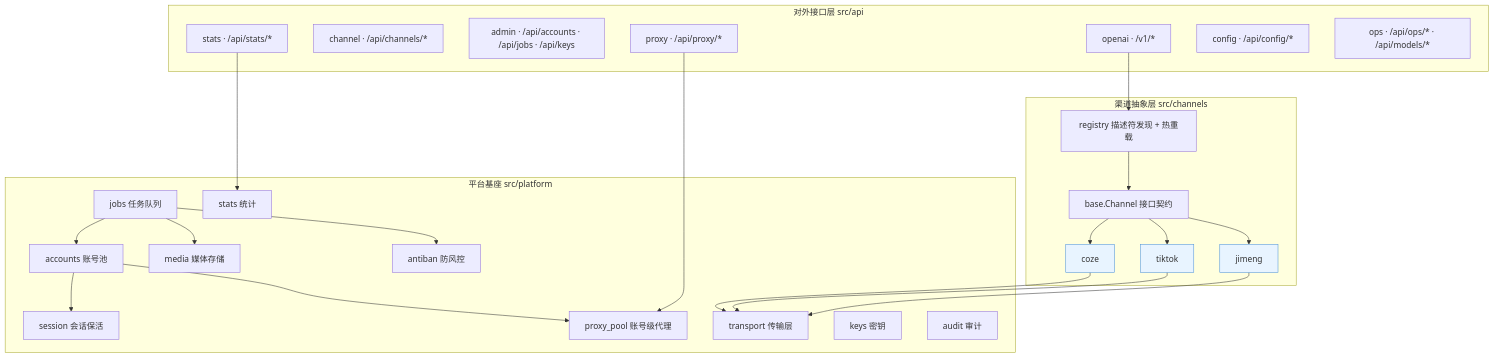
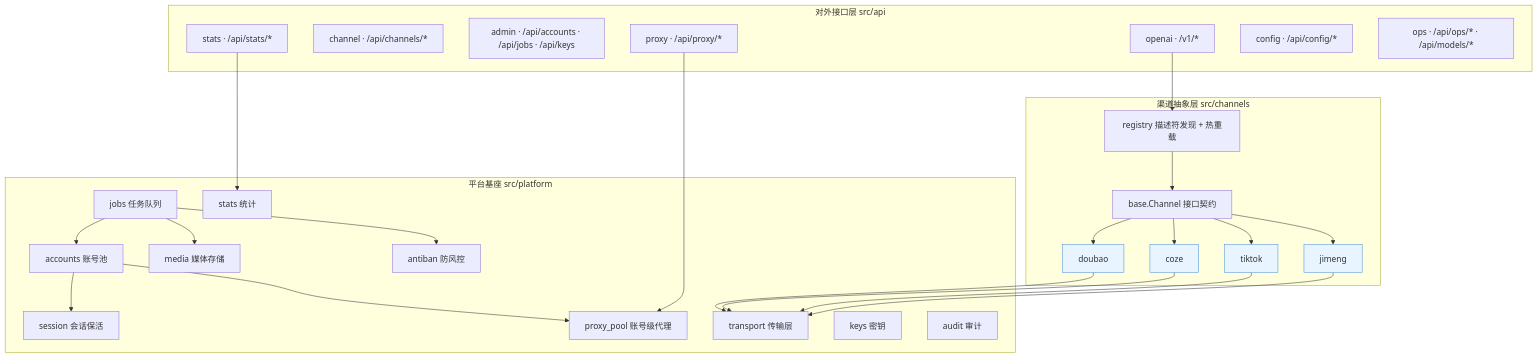
The diagram in README.md (xingluoyuankong/any-video2api), drawn with Mermaid before and after one commit. The commit also changed other lines of this file and 1 other file, not shown here.

Commit message:
docs: 更新 README（豆包渠道/登录加固/账号渠道标签页）+ 新增 docs/DOUBAO.md

````diff
--- a/README.md
+++ b/README.md
@@ -188,39 +188,40 @@
 ```mermaid
 flowchart TB
     subgraph API[对外接口层 src/api]
         O[openai · /v1/*]
         C[channel · /api/channels/*]
         A[admin · /api/accounts · /api/jobs · /api/keys]
         P[proxy · /api/proxy/*]
         S[stats · /api/stats/*]
         F[config · /api/config/*]
         X[ops · /api/ops/* · /api/models/*]
     end
     subgraph CH[渠道抽象层 src/channels]
         B[base.Channel 接口契约]
         R[registry 描述符发现 + 热重载]
         J[jimeng]:::i
         T[tiktok]:::i
         Z[coze]:::i
+        D[doubao]:::i
     end
     subgraph PL[平台基座 src/platform]
         ACC[accounts 账号池]
         JOB[jobs 任务队列]
         MED[media 媒体存储]
         ANT[antiban 防风控]
         SES[session 会话保活]
         PRX[proxy_pool 账号级代理]
         TR[transport 传输层]
         KEY[keys 密钥]
         AUD[audit 审计]
         STA[stats 统计]
     end
     O --> R
     P --> PRX
     S --> STA
-    R --> B --> J & T & Z
-    J & T & Z --> TR
+    R --> B --> J & T & Z & D
+    J & T & Z & D --> TR
     JOB --> ACC & MED & ANT
     ACC --> PRX & SES
     classDef i fill:#e8f4ff,stroke:#4a90d9
 ```
````
